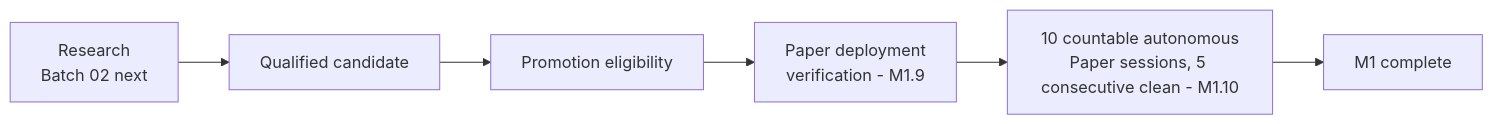
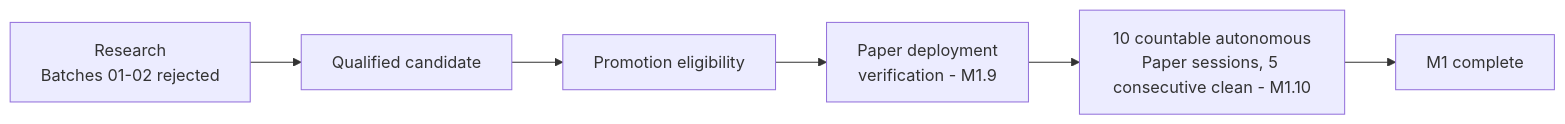
One commit to Hartman25/MiniQuantDeskV4 changed the first of 2 diagrams in README.md. Above: the diagram before and after it, drawn with Mermaid. The commit also changed other lines of this file and 6 other files, not shown here.

````diff
--- a/README.md
+++ b/README.md
@@ -77,8 +77,8 @@
 ```mermaid
 flowchart LR
-  A[Research<br/>Batch 02 next] --> B[Qualified candidate]
+  A[Research<br/>Batches 01-02 rejected] --> B[Qualified candidate]
   B --> C[Promotion eligibility]
   C --> D[Paper deployment<br/>verification - M1.9]
   D --> E[10 countable autonomous<br/>Paper sessions, 5 consecutive clean - M1.10]
   E --> F[M1 complete]
 ```
````
